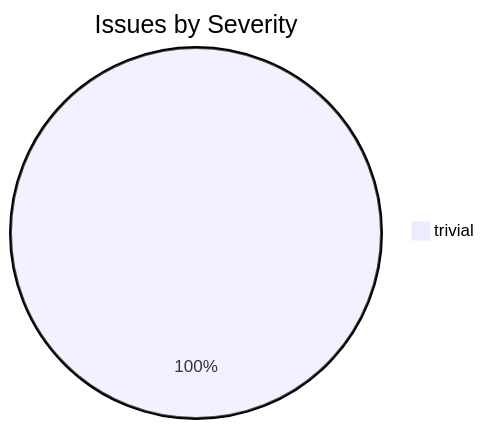
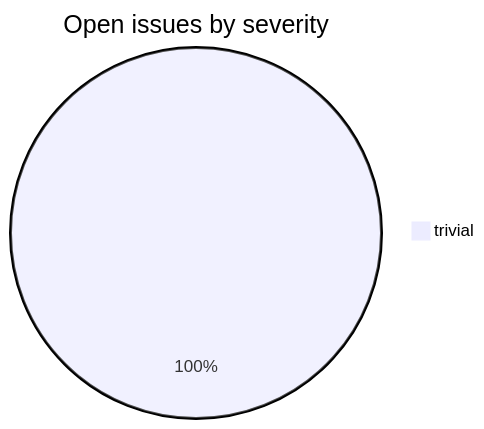
The second of 2 diagrams in README.md (sanskrit-lexicon/avlinks), drawn with Mermaid before and after one commit. The commit also changed other lines of this file, not shown here.

````diff
--- a/README.md
+++ b/README.md
@@ -24,4 +35,4 @@
 ```mermaid
-pie title Issues by Severity
+pie title Open issues by severity
     "trivial" : 1
 ```
````
